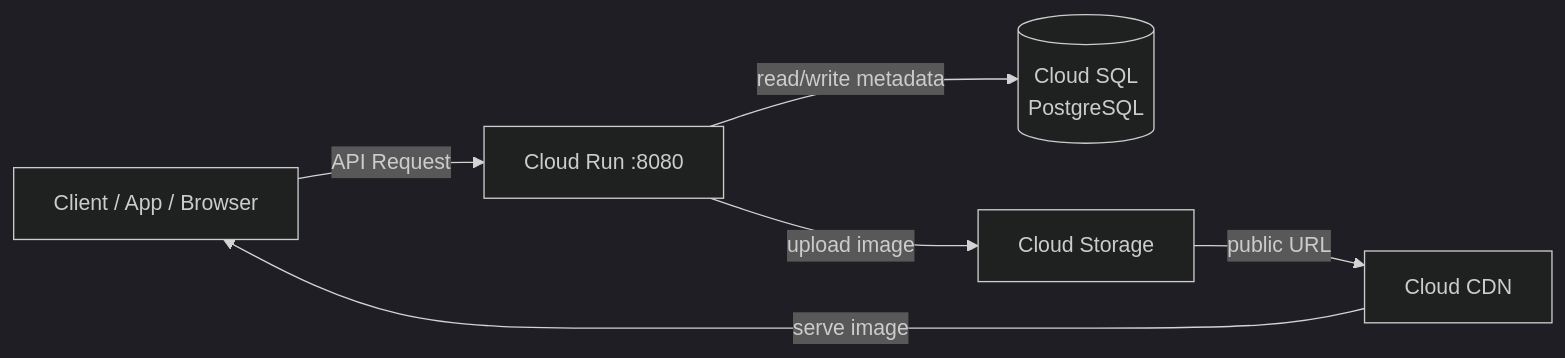
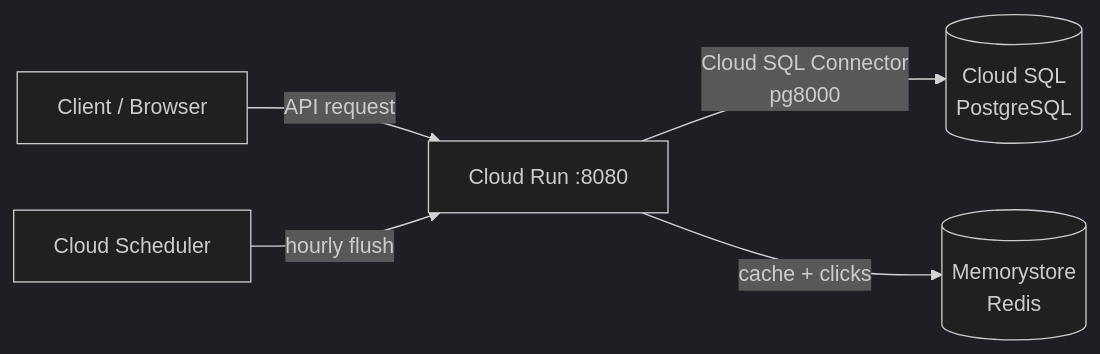
The second of 2 diagrams in README.md (HarryYehhhh/qr-code-generator), drawn with Mermaid (dark theme) before and after one commit. The commit also changed other lines of this file and 2 other files, not shown here.

````diff
--- a/README.md
+++ b/README.md
@@ -41,14 +41,13 @@
 ```mermaid
 graph LR
-    Client[Client / App / Browser]
+    Client[Client / Browser]
     CR[Cloud Run :8080]
     SQL[(Cloud SQL<br/>PostgreSQL)]
-    GCS[Cloud Storage]
-    CDN[Cloud CDN]
+    Mem[(Memorystore<br/>Redis)]
+    Sched[Cloud Scheduler]
 
-    Client -->|API Request| CR
-    CR -->|read/write metadata| SQL
-    CR -->|upload image| GCS
-    GCS -->|public URL| CDN
-    CDN -->|serve image| Client
+    Client -->|API request| CR
+    CR -->|Cloud SQL Connector<br/>pg8000| SQL
+    CR -->|cache + clicks| Mem
+    Sched -->|hourly flush| CR
 ```
````
